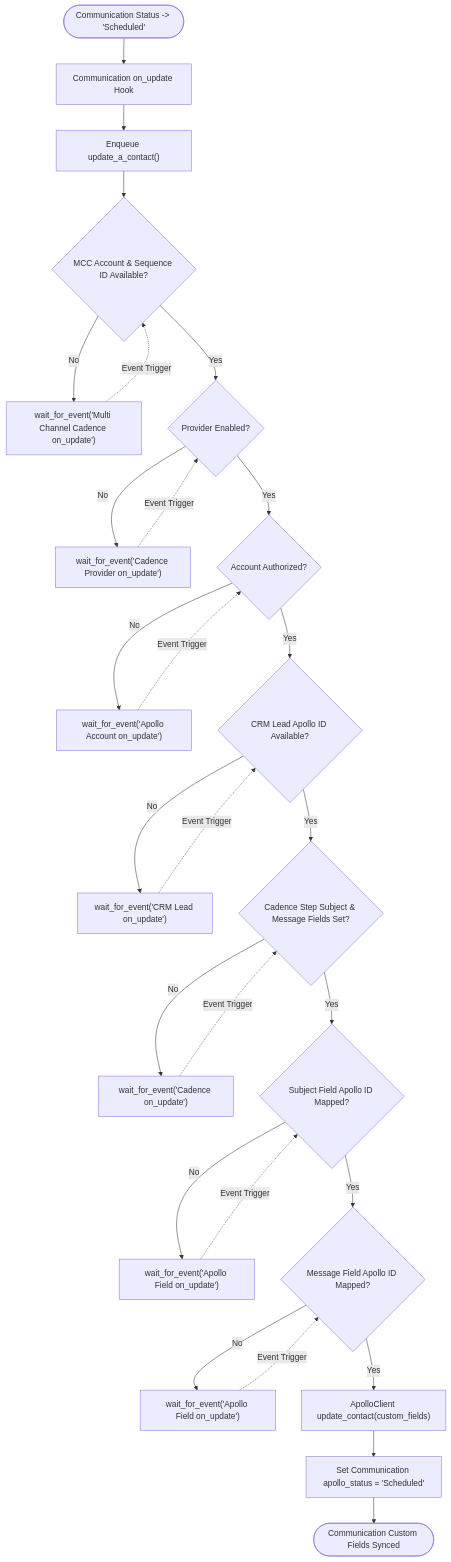
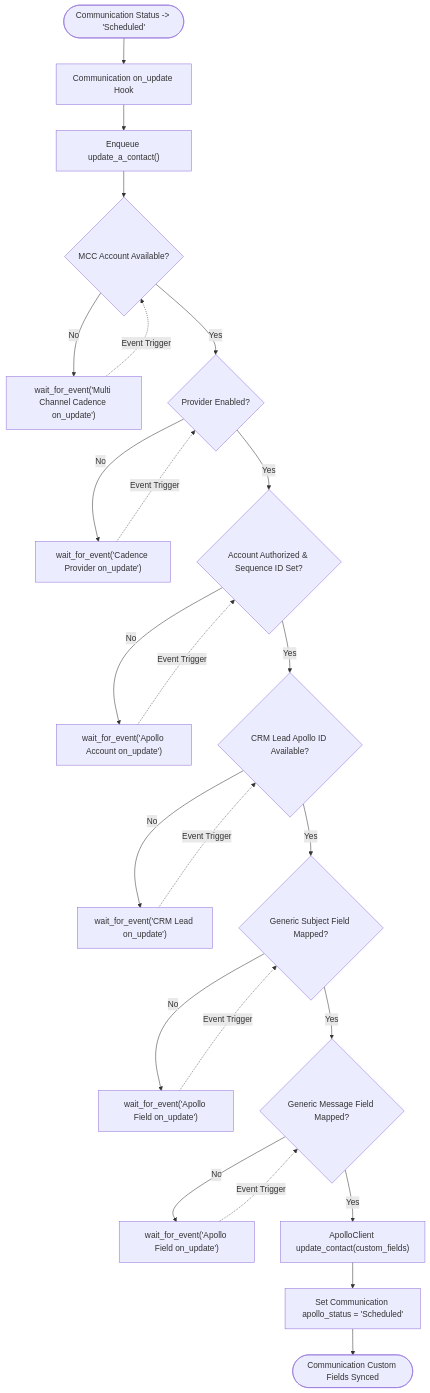
Before and after one commit to aurumorcom/frappe-apollo: the diagram in docs/architecture/bpmn/05-communication-sync.md, drawn with Mermaid. The commit also changed other lines of this file and 13 other files, not shown here.

First line of the commit message:
docs: refactor architecture for single sequence engine

````diff
--- a/docs/architecture/bpmn/05-communication-sync.md
+++ b/docs/architecture/bpmn/05-communication-sync.md
@@ -10,29 +10,26 @@
 ```mermaid
 flowchart TD
     CommScheduled(["Communication Status -> 'Scheduled'"]) --> OnUpdateComm["Communication on_update Hook"]
     OnUpdateComm --> EnqueueCommSync["Enqueue update_a_contact()"]
-    EnqueueCommSync --> CheckCommMCC{"MCC Account & Sequence ID Available?"}
+    EnqueueCommSync --> CheckCommMCC{"MCC Account Available?"}
     CheckCommMCC -- No --> WaitCommMCC["wait_for_event('Multi Channel Cadence on_update')"]
     WaitCommMCC -. Event Trigger .-> CheckCommMCC
     CheckCommMCC -- Yes --> CheckCommProviderEnabled{"Provider Enabled?"}
     CheckCommProviderEnabled -- No --> WaitCommProvider["wait_for_event('Cadence Provider on_update')"]
     WaitCommProvider -. Event Trigger .-> CheckCommProviderEnabled
-    CheckCommProviderEnabled -- Yes --> CheckCommAccountAuth{"Account Authorized?"}
+    CheckCommProviderEnabled -- Yes --> CheckCommAccountAuth{"Account Authorized & Sequence ID Set?"}
     CheckCommAccountAuth -- No --> WaitCommAuth["wait_for_event('Apollo Account on_update')"]
     WaitCommAuth -. Event Trigger .-> CheckCommAccountAuth
     CheckCommAccountAuth -- Yes --> CheckCommLeadID{"CRM Lead Apollo ID Available?"}
     CheckCommLeadID -- No --> WaitCommLead["wait_for_event('CRM Lead on_update')"]
     WaitCommLead -. Event Trigger .-> CheckCommLeadID
-    CheckCommLeadID -- Yes --> CheckStepFields{"Cadence Step Subject & Message Fields Set?"}
-    CheckStepFields -- No --> WaitStepFields["wait_for_event('Cadence on_update')"]
-    WaitStepFields -. Event Trigger .-> CheckStepFields
-    CheckStepFields -- Yes --> CheckSubjectFieldID{"Subject Field Apollo ID Mapped?"}
+    CheckCommLeadID -- Yes --> CheckSubjectFieldID{"Generic Subject Field Mapped?"}
     CheckSubjectFieldID -- No --> WaitSubjectField["wait_for_event('Apollo Field on_update')"]
     WaitSubjectField -. Event Trigger .-> CheckSubjectFieldID
-    CheckSubjectFieldID -- Yes --> CheckMessageFieldID{"Message Field Apollo ID Mapped?"}
+    CheckSubjectFieldID -- Yes --> CheckMessageFieldID{"Generic Message Field Mapped?"}
     CheckMessageFieldID -- No --> WaitMessageField["wait_for_event('Apollo Field on_update')"]
     WaitMessageField -. Event Trigger .-> CheckMessageFieldID
     CheckMessageFieldID -- Yes --> PatchContactAPI["ApolloClient update_contact(custom_fields)"]
     PatchContactAPI --> MarkSynced["Set Communication apollo_status = 'Scheduled'"]
     MarkSynced --> EndCommSync(["Communication Custom Fields Synced"])
 ```
````
